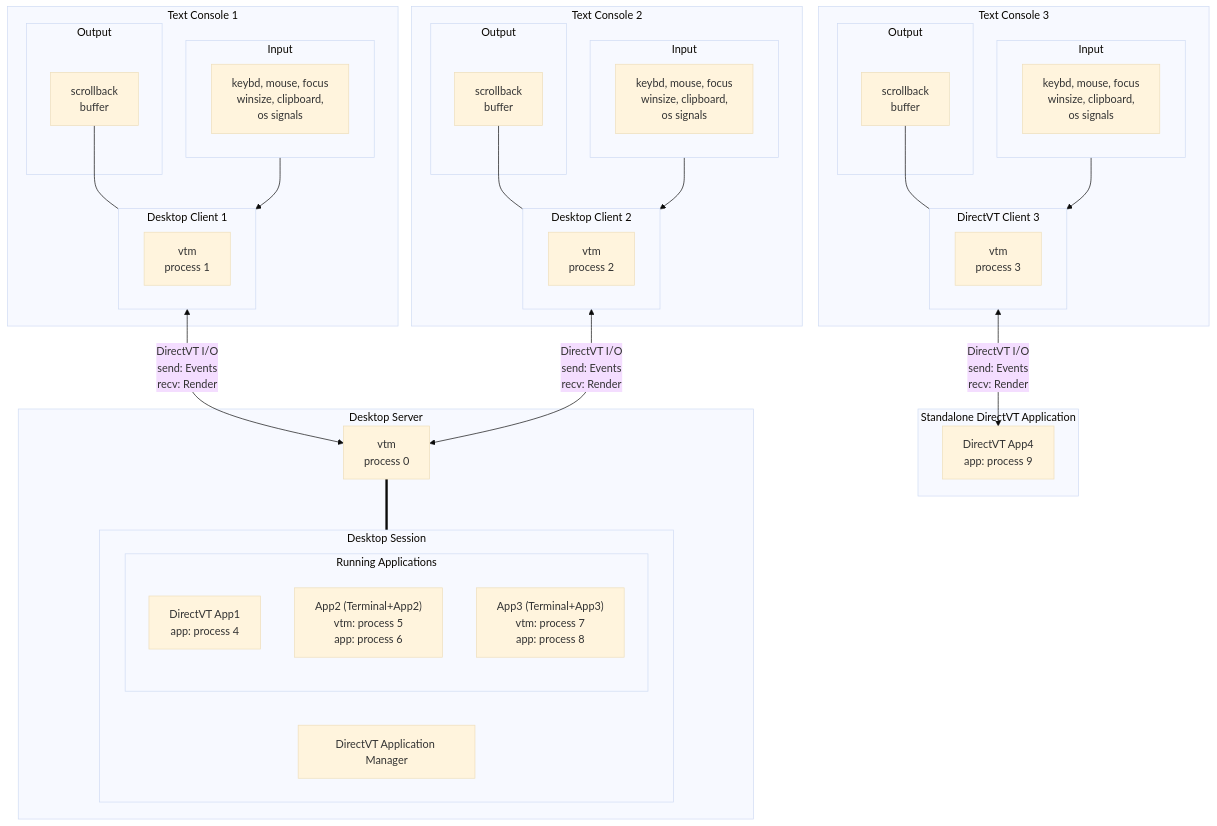
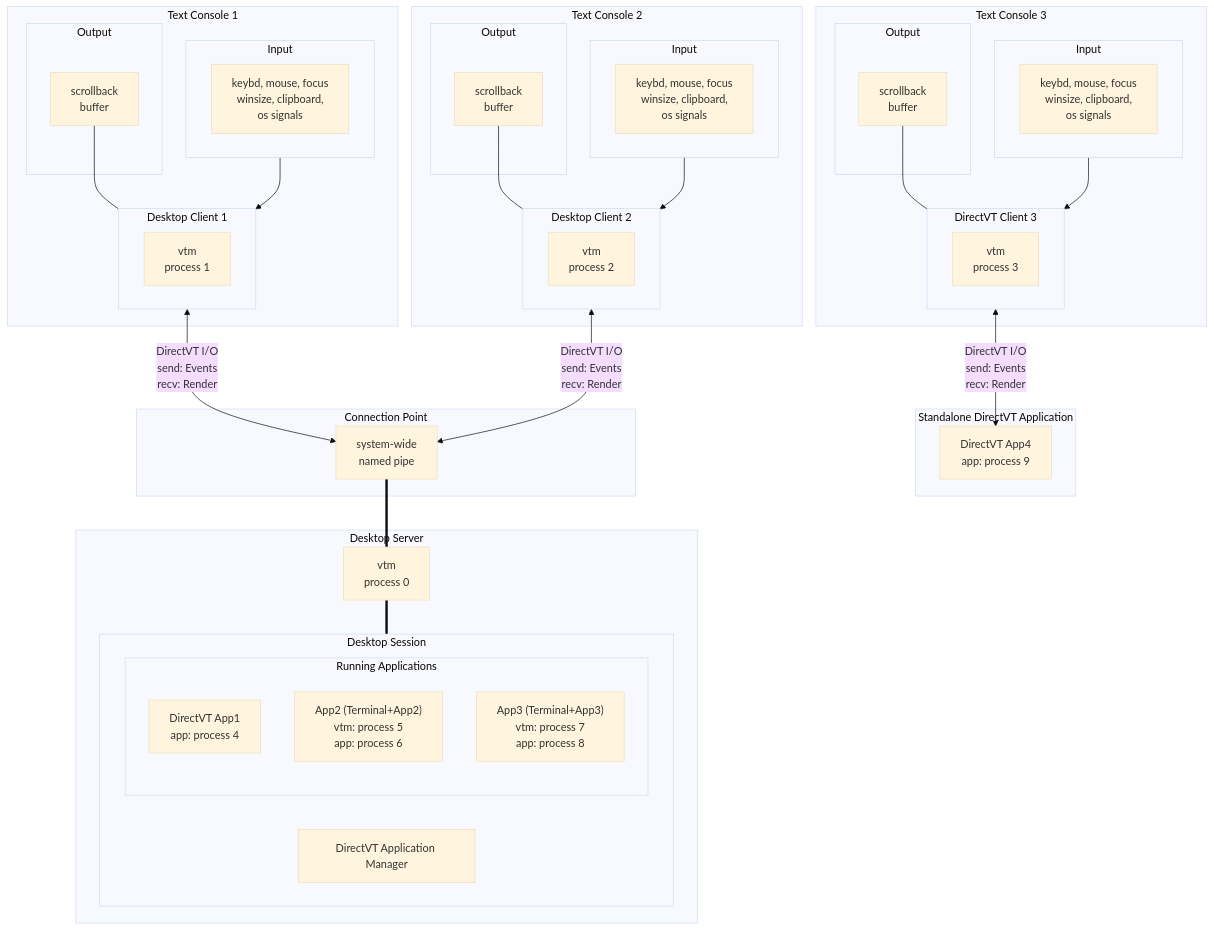
One commit to directvt/vtm changed the diagram in doc/architecture.md. Above: the diagram before and after it, drawn with Mermaid (base theme).

````diff
--- a/doc/architecture.md
+++ b/doc/architecture.md
@@ -5,67 +5,72 @@
 ```mermaid
 graph TB
     subgraph IE10[Text Console 1]
         subgraph IE1[Input]
             direction LR
             C1[keybd, mouse, focus\nwinsize, clipboard,\nos signals]
         end
         subgraph OU1[Output]
             TC1[scrollback\nbuffer]
         end
         subgraph CS1[Desktop Client 1]
             VTM1[vtm\nprocess 1]
         end
         C1 --> CS1
         TC1 --- CS1
     end
 
     subgraph IE20[Text Console 2]
         subgraph IE2[Input]
             direction LR
             C2[keybd, mouse, focus\nwinsize, clipboard,\nos signals]
         end
         subgraph OU2[Output]
             TC2[scrollback\nbuffer]
         end
         subgraph CS2[Desktop Client 2]
             VTM2[vtm\nprocess 2]
         end
         C2 --> CS2
         TC2 --- CS2
     end
 
     subgraph IE30[Text Console 3]
         subgraph IE3[Input]
             direction LR
             C3[keybd, mouse, focus\nwinsize, clipboard,\nos signals]
         end
         subgraph OU3[Output]
             TC3[scrollback\nbuffer]
         end
         subgraph CS3[DirectVT Client 3]
             VTM3[vtm\nprocess 3]
         end
         C3 --> CS3
         TC3 --- CS3
     end
     subgraph APP0x[Standalone DirectVT Application]
         APP01[DirectVT App4\napp: process 9]
     end
     CS3 <-->|DirectVT I/O\nsend: Events\nrecv: Render| APP01
 
+    subgraph NP[Connection Point]
+        TS["system-wide\nnamed pipe"]
+    end
+
     subgraph SS[Desktop Server]
         VTMs[vtm\nprocess 0]
         subgraph SE[Desktop Session]
             DS1["DirectVT Application Manager"]
             subgraph APPx[Running Applications]
                 APP1[DirectVT App1\napp: process 4]
                 APP2["App2 (Terminal+App2)\nvtm: process 5\napp: process 6"]
                 APP3["App3 (Terminal+App3)\nvtm: process 7\napp: process 8"]
             end
         end
         VTMs === SE
    end
 
-    CS1 <-->|DirectVT I/O\nsend: Events\nrecv: Render| VTMs
-    CS2 <-->|DirectVT I/O\nsend: Events\nrecv: Render| VTMs
+    CS1 <-->|DirectVT I/O\nsend: Events\nrecv: Render| TS
+    CS2 <-->|DirectVT I/O\nsend: Events\nrecv: Render| TS
+    TS === VTMs
 ```
````
